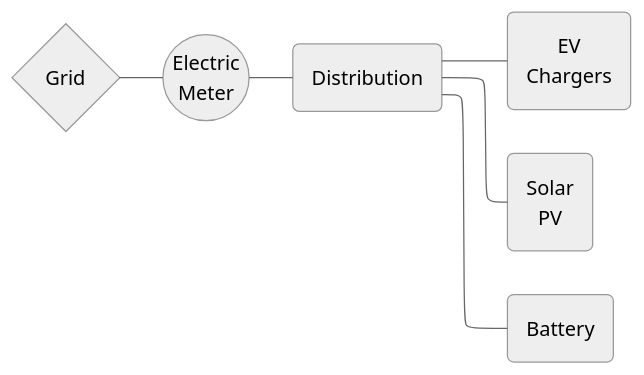
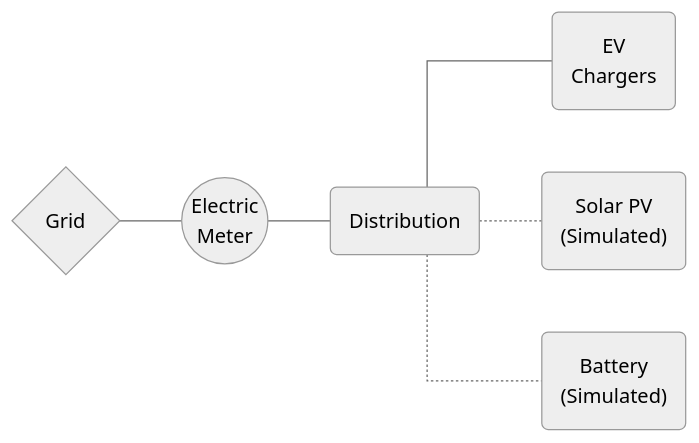
The second of 4 diagrams in Paper/paper old.md (woodjmichael/Bifacial-solar-and-peakshaving), drawn with Mermaid (neutral theme) before and after one commit. The commit also changed other lines of this file and 6 other files, not shown here.

````diff
--- a/Paper/paper old.md
+++ b/Paper/paper old.md
@@ -65,6 +71,7 @@
 ```mermaid
-%%{init: {"flowchart": {"defaultRenderer": "elk"}  } }%%
+%%{init: {'flowchart' : {'curve' : 'stepBefore'}}}%%
 graph LR
 g{Grid} --- m((Electric<br>Meter)) --- d(Distribution)
-d --- ev(EV<br>Chargers) & s(Solar<br>PV) & b(Battery)
+d --- ev(EV<br>Chargers)
+d -.- s("Solar PV<br>(Simulated)") & b("Battery<br>(Simulated)")
 ```
````
